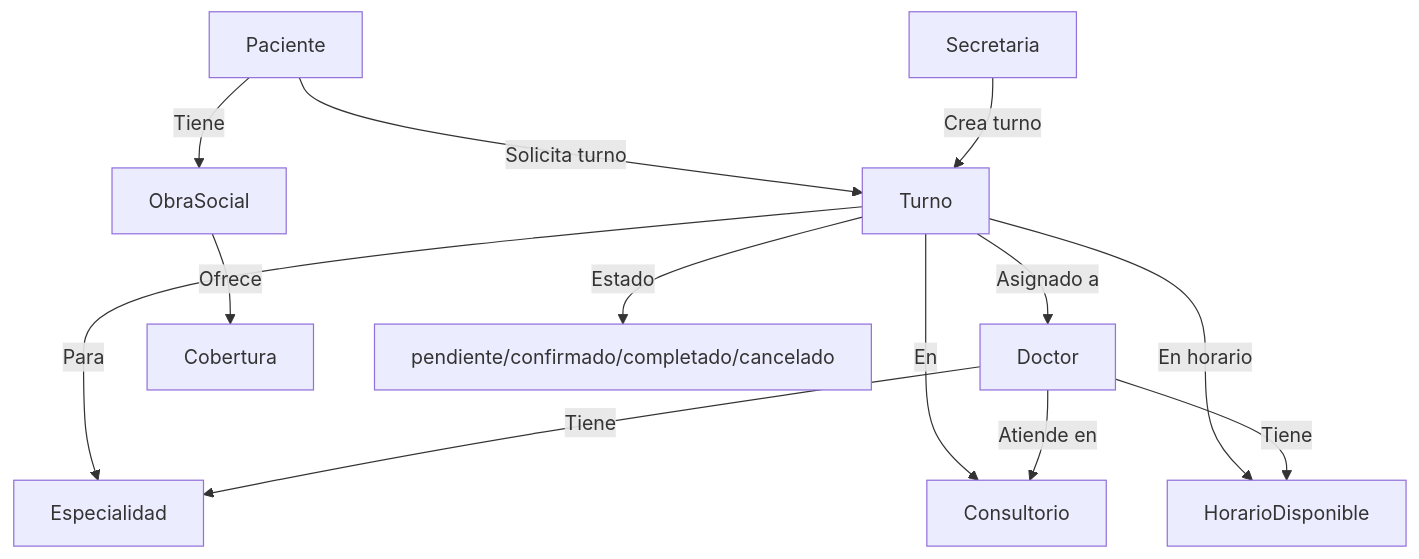
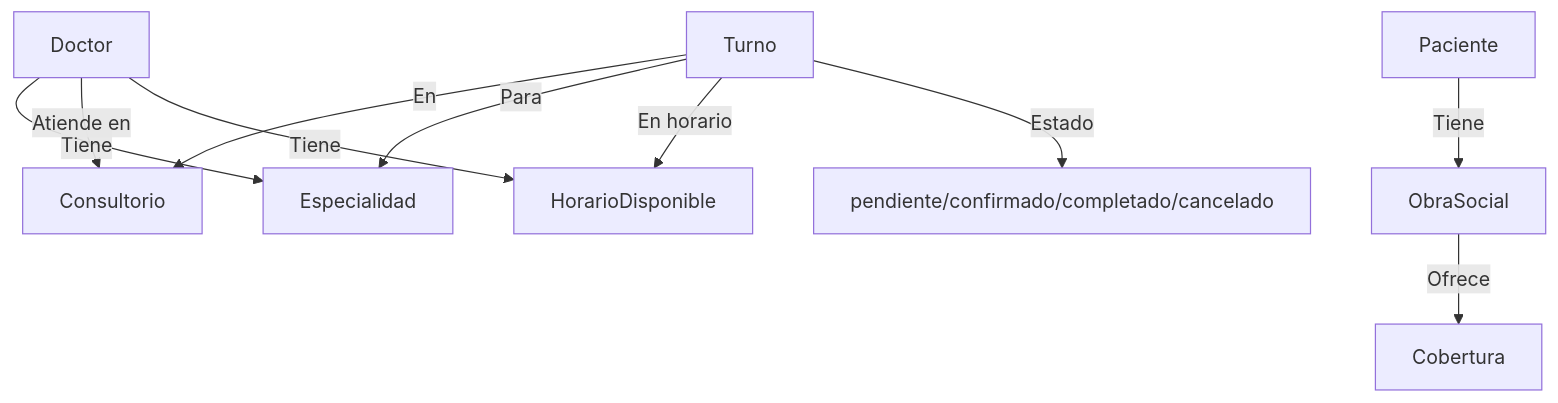
Before and after one commit to anibal317/be_turnera: the diagram in README.md, drawn with Mermaid. The commit also changed other lines of this file and 14 other files, not shown here.

````diff
--- a/README.md
+++ b/README.md
@@ -3,15 +165,12 @@
 ```mermaid
 flowchart TD
-	Paciente -- Solicita turno --> Turno
-	Secretaria -- Crea turno --> Turno
-	Turno -- Asignado a --> Doctor
-	Turno -- En --> Consultorio
-	Turno -- Para --> Especialidad
-	Turno -- En horario --> HorarioDisponible
-	Doctor -- Tiene --> Especialidad
-	Doctor -- Atiende en --> Consultorio
-	Doctor -- Tiene --> HorarioDisponible
-	Paciente -- Tiene --> ObraSocial
-	ObraSocial -- Ofrece --> Cobertura
-	Turno -- Estado --> EstadoTurno[pendiente/confirmado/completado/cancelado]
+  Turno -- En --> Consultorio
+  Turno -- Para --> Especialidad
+  Turno -- En horario --> HorarioDisponible
+  Doctor -- Tiene --> Especialidad
+  Doctor -- Atiende en --> Consultorio
+  Doctor -- Tiene --> HorarioDisponible
+  Paciente -- Tiene --> ObraSocial
+  ObraSocial -- Ofrece --> Cobertura
+  Turno -- Estado --> EstadoTurno[pendiente/confirmado/completado/cancelado]
 ```
````
